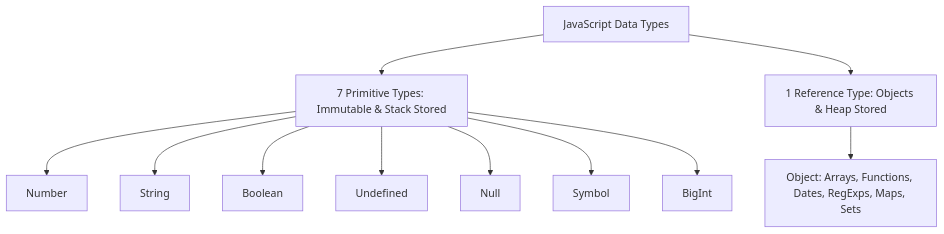
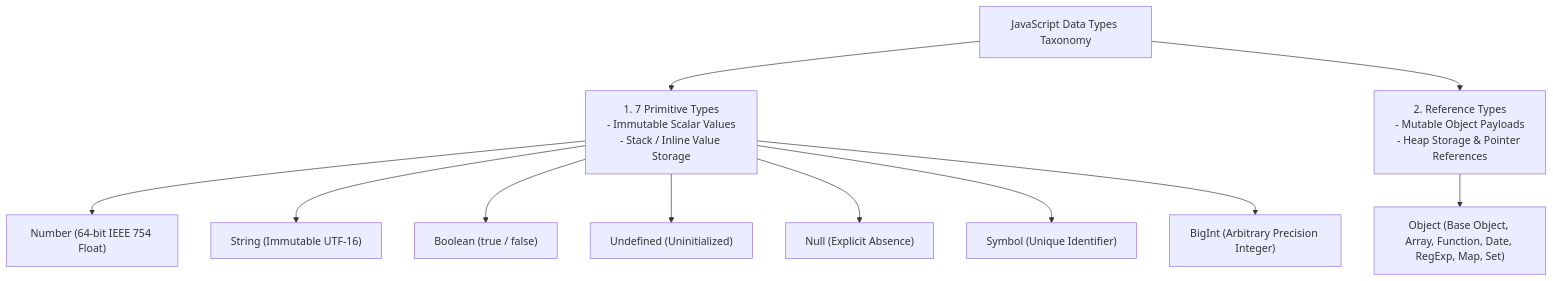
One commit to Amie-dev/engineering-playbook changed the first of 3 diagrams in js-notes/03-data-types.md. Above: the diagram before and after it, drawn with Mermaid. The commit also changed other lines of this file and 42 other files, not shown here.

First line of the commit message:
Refactor JavaScript Notes: Enhance Modules 39-43 with Detailed Explanations and Examples

````diff
--- a/js-notes/03-data-types.md
+++ b/js-notes/03-data-types.md
@@ -10,15 +15,15 @@
 ```mermaid
-graph TD
-    JS[JavaScript Data Types] --> Prim[7 Primitive Types: Immutable & Stack Stored]
-    JS --> Ref[1 Reference Type: Objects & Heap Stored]
+flowchart TD
+    JSTypes[JavaScript Data Types Taxonomy] --> Primitives[1. 7 Primitive Types<br/>- Immutable Scalar Values<br/>- Stack / Inline Value Storage]
+    JSTypes --> References[2. Reference Types<br/>- Mutable Object Payloads<br/>- Heap Storage & Pointer References]
 
-    Prim --> P1[Number]
-    Prim --> P2[String]
-    Prim --> P3[Boolean]
-    Prim --> P4[Undefined]
-    Prim --> P5[Null]
-    Prim --> P6[Symbol]
-    Prim --> P7[BigInt]
+    Primitives --> P1["Number (64-bit IEEE 754 Float)"]
+    Primitives --> P2["String (Immutable UTF-16)"]
+    Primitives --> P3["Boolean (true / false)"]
+    Primitives --> P4["Undefined (Uninitialized)"]
+    Primitives --> P5["Null (Explicit Absence)"]
+    Primitives --> P6["Symbol (Unique Identifier)"]
+    Primitives --> P7["BigInt (Arbitrary Precision Integer)"]
 
-    Ref --> R1[Object: Arrays, Functions, Dates, RegExps, Maps, Sets]
+    References --> R1["Object (Base Object, Array, Function, Date, RegExp, Map, Set)"]
 ```
````
